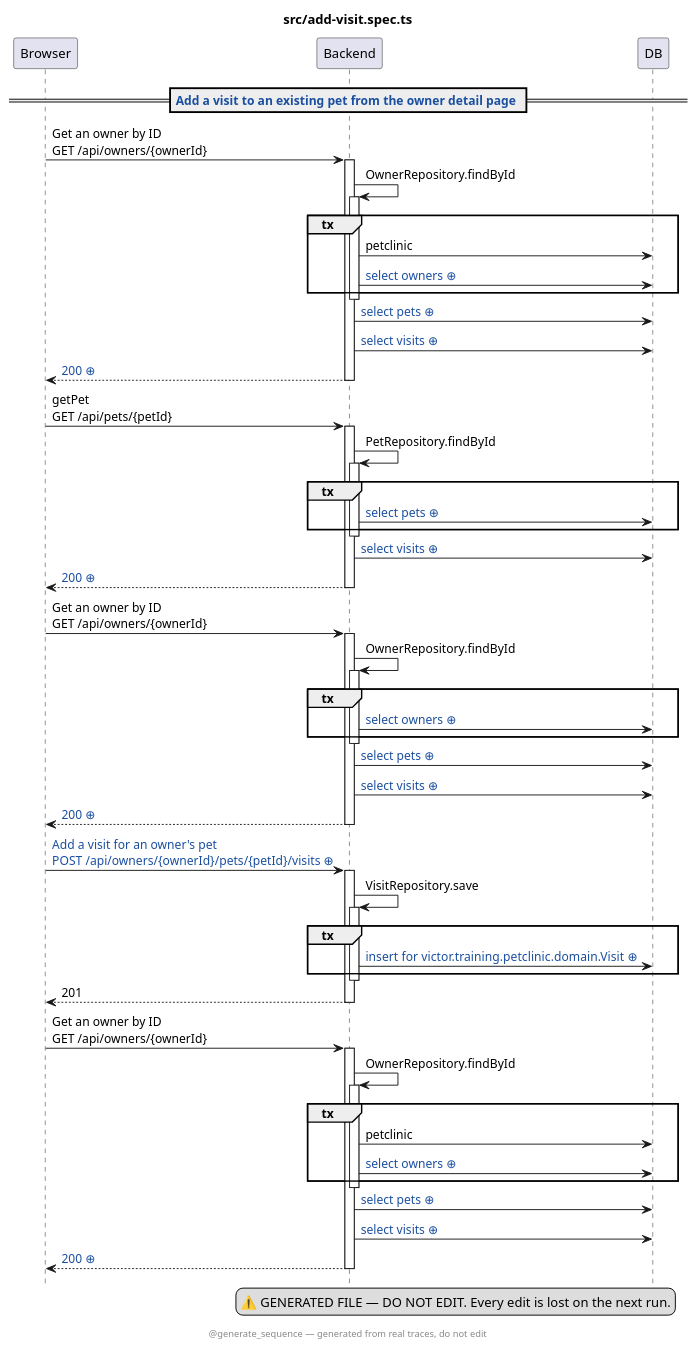
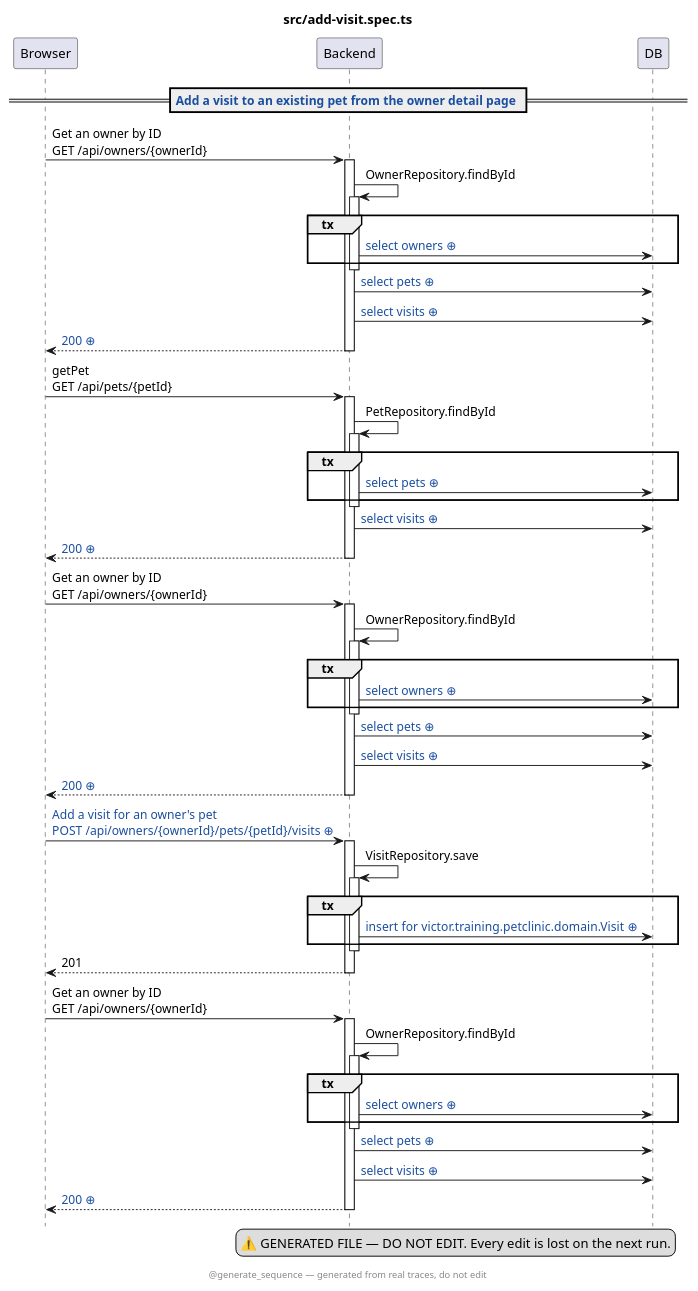
Before and after one commit to victorrentea/petclinic: the diagram in petclinic-test/src/add-visit.spec.ts.genseq.puml, drawn with PlantUML. The commit also changed 11 other files, not shown here.

```diff
--- a/petclinic-test/src/add-visit.spec.ts.genseq.puml
+++ b/petclinic-test/src/add-visit.spec.ts.genseq.puml
@@ -1,74 +1,72 @@
 @startuml
 ' ⚠️  GENERATED FILE — DO NOT EDIT. Every edit is lost on the next run.
 hide footbox
 skinparam hyperlinkUnderline false
 skinparam hyperlinkColor #1A4FA0
 title src/add-visit.spec.ts
 legend right
   ⚠️  GENERATED FILE — DO NOT EDIT. Every edit is lost on the next run.
 end legend
 footer @generate_sequence — generated from real traces, do not edit
 participant Browser
 participant Backend
 participant DB
 == [[src://petclinic-test/src/add-visit.spec.ts:31{Click to open the test} Add a visit to an existing pet from the owner detail page]] ==
 Browser -> Backend: Get an owner by ID\nGET /api/owners/{ownerId}
 activate Backend
 Backend -> Backend: OwnerRepository.findById
 activate Backend
 group tx
-Backend -> DB: petclinic
 Backend -> DB: [[genseq://0totfe9{Click for the statement behind this call} select owners ⊕]]
 end
 deactivate Backend
 Backend -> DB: [[genseq://1hjadar{Click for the statement behind this call} select pets ⊕]]
 Backend -> DB: [[genseq://1cdku0l{Click for the statement behind this call} select visits ⊕]]
-Backend --> Browser: [[genseq://1fv50ul{Click for this call’s JSON body} 200 ⊕]]
+Backend --> Browser: [[genseq://1vbj9c7{Click for this call’s JSON body} 200 ⊕]]
 deactivate Backend
 Browser -> Backend: getPet\nGET /api/pets/{petId}
 activate Backend
 Backend -> Backend: PetRepository.findById
 activate Backend
 group tx
 Backend -> DB: [[genseq://0jw0huv{Click for the statement behind this call} select pets ⊕]]
 end
 deactivate Backend
 Backend -> DB: [[genseq://1cdku0l{Click for the statement behind this call} select visits ⊕]]
-Backend --> Browser: [[genseq://1jmhw1b{Click for this call’s JSON body} 200 ⊕]]
+Backend --> Browser: [[genseq://00pxq5p{Click for this call’s JSON body} 200 ⊕]]
 deactivate Backend
 Browser -> Backend: Get an owner by ID\nGET /api/owners/{ownerId}
 activate Backend
 Backend -> Backend: OwnerRepository.findById
 activate Backend
 group tx
 Backend -> DB: [[genseq://0totfe9{Click for the statement behind this call} select owners ⊕]]
 end
 deactivate Backend
 Backend -> DB: [[genseq://1hjadar{Click for the statement behind this call} select pets ⊕]]
 Backend -> DB: [[genseq://1cdku0l{Click for the statement behind this call} select visits ⊕]]
-Backend --> Browser: [[genseq://1fv50ul{Click for this call’s JSON body} 200 ⊕]]
+Backend --> Browser: [[genseq://1vz7gdn{Click for this call’s JSON body} 200 ⊕]]
 deactivate Backend
-Browser -> Backend: [[genseq://0ewb2ka{Click for this call’s JSON body} Add a visit for an owner's pet\nPOST /api/owners/{ownerId}/pets/{petId}/visits ⊕]]
+Browser -> Backend: [[genseq://0r8ruy3{Click for this call’s JSON body} Add a visit for an owner's pet\nPOST /api/owners/{ownerId}/pets/{petId}/visits ⊕]]
 activate Backend
 Backend -> Backend: VisitRepository.save
 activate Backend
 group tx
-Backend -> DB: [[genseq://0zdhg4g{Click for the statement behind this call} insert for victor.training.petclinic.domain.Visit ⊕]]
+Backend -> DB: [[genseq://0dtdyev{Click for the statement behind this call} insert for victor.training.petclinic.domain.Visit ⊕]]
 end
 deactivate Backend
 Backend --> Browser: 201
 deactivate Backend
 Browser -> Backend: Get an owner by ID\nGET /api/owners/{ownerId}
 activate Backend
 Backend -> Backend: OwnerRepository.findById
 activate Backend
 group tx
-Backend -> DB: petclinic
 Backend -> DB: [[genseq://0totfe9{Click for the statement behind this call} select owners ⊕]]
 end
 deactivate Backend
 Backend -> DB: [[genseq://1hjadar{Click for the statement behind this call} select pets ⊕]]
 Backend -> DB: [[genseq://1cdku0l{Click for the statement behind this call} select visits ⊕]]
-Backend --> Browser: [[genseq://1vbj9c7{Click for this call’s JSON body} 200 ⊕]]
+Backend --> Browser: [[genseq://1jrnel3{Click for this call’s JSON body} 200 ⊕]]
 deactivate Backend
 @enduml
```
